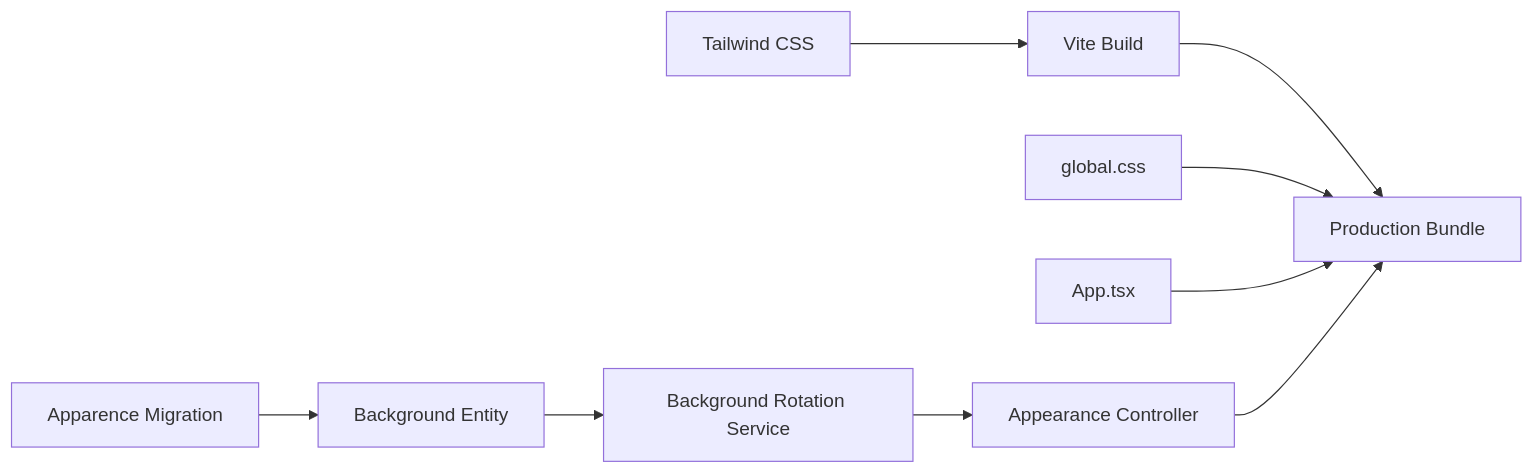
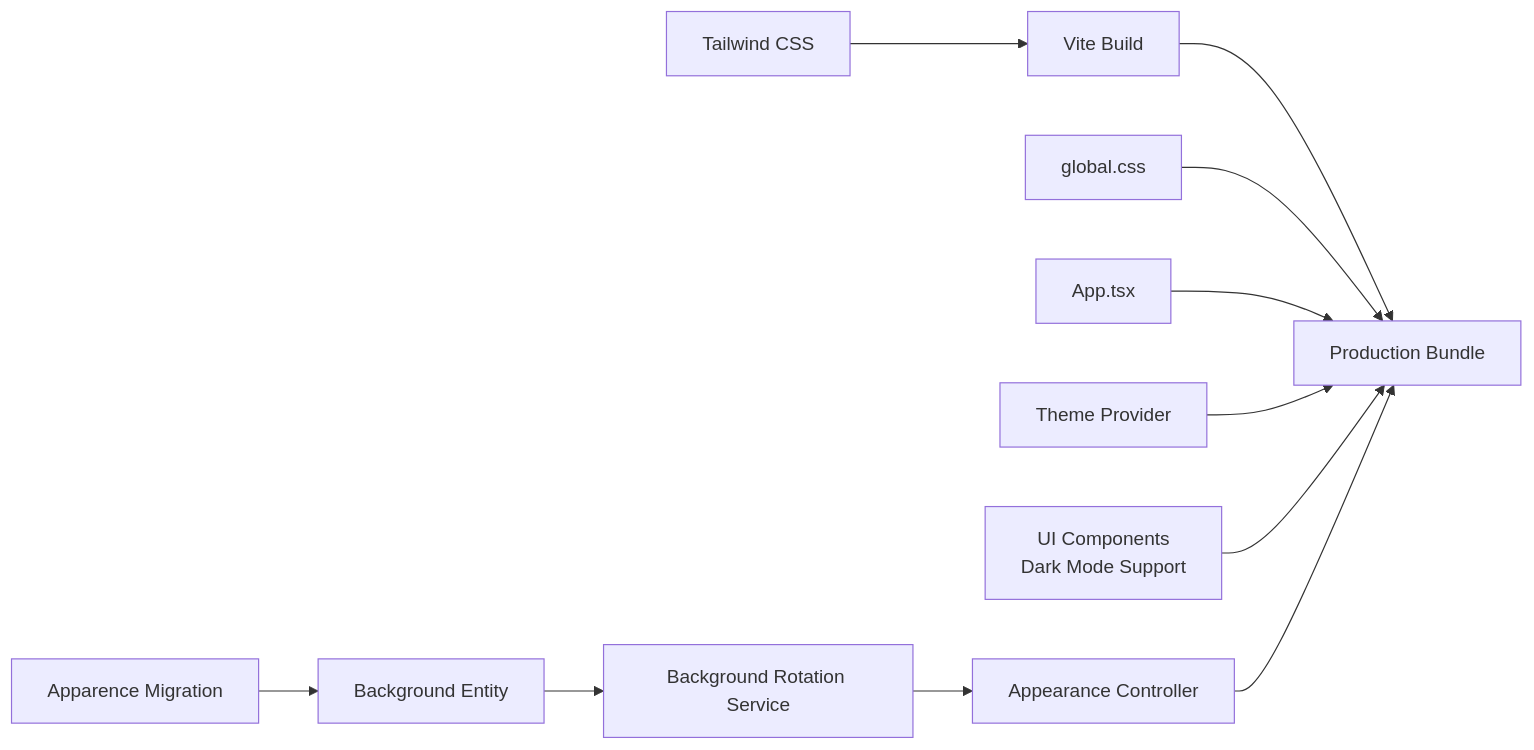
One commit to franckylab/eLISAschool changed the fourth of 4 diagrams in .qoder/repowiki/en/content/System Architecture/Frontend Architecture/Styling & Theming.md. Above: the diagram before and after it, drawn with Mermaid. The commit also changed other lines of this file and 79 other files, not shown here.

````diff
--- a/.qoder/repowiki/en/content/System Architecture/Frontend Architecture/Styling & Theming.md
+++ b/.qoder/repowiki/en/content/System Architecture/Frontend Architecture/Styling & Theming.md
@@ -283,11 +367,13 @@
 ```mermaid
 graph LR
 Tailwind["Tailwind CSS"] --> Build["Vite Build"]
 Build --> Bundle["Production Bundle"]
 GlobalCSS["global.css"] --> Bundle
 AppShell["App.tsx"] --> Bundle
+ThemeProvider["Theme Provider"] --> Bundle
+Components["UI Components<br/>Dark Mode Support"] --> Bundle
 API["Appearance Controller"] --> Bundle
 Svc["Background Rotation Service"] --> API
 Entity["Background Entity"] --> Svc
 Migration["Apparence Migration"] --> Entity
 ```
````
